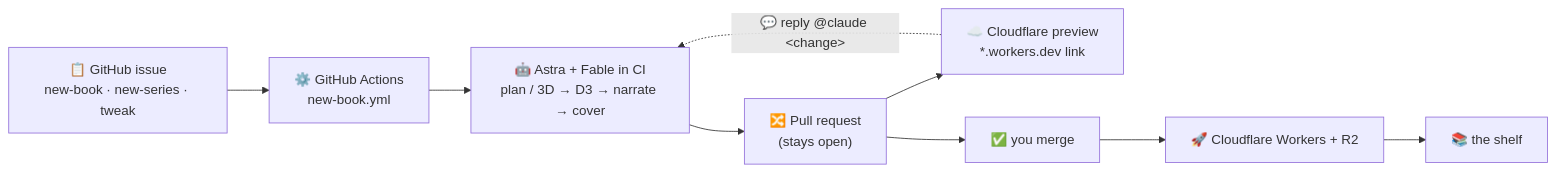
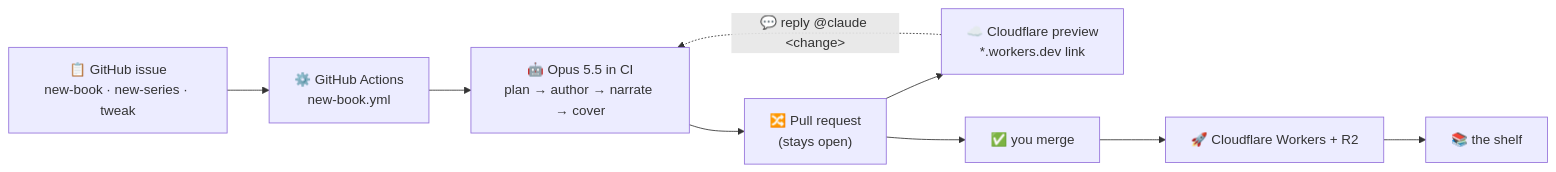
Before and after one commit to BLamy/orly: the diagram in README.md, drawn with Mermaid. The commit also changed other lines of this file and 1266 other files, not shown here.

````diff
--- a/README.md
+++ b/README.md
@@ -51,11 +63,11 @@
 ```mermaid
 flowchart LR
   issue["📋 GitHub issue<br/>new-book · new-series · tweak"] --> ci["⚙️ GitHub Actions<br/>new-book.yml"]
-  ci --> claude["🤖 Astra + Fable in CI<br/>plan / 3D → D3 → narrate → cover"]
+  ci --> claude["🤖 Opus 5.5 in CI<br/>plan → author → narrate → cover"]
   claude --> pr["🔀 Pull request<br/>(stays open)"]
   pr --> preview["☁️ Cloudflare preview<br/>*.workers.dev link"]
   preview -. "💬 reply @claude &lt;change&gt;" .-> claude
   pr --> merge["✅ you merge"]
   merge --> deploy["🚀 Cloudflare Workers + R2"]
   deploy --> shelf["📚 the shelf"]
 ```
````
